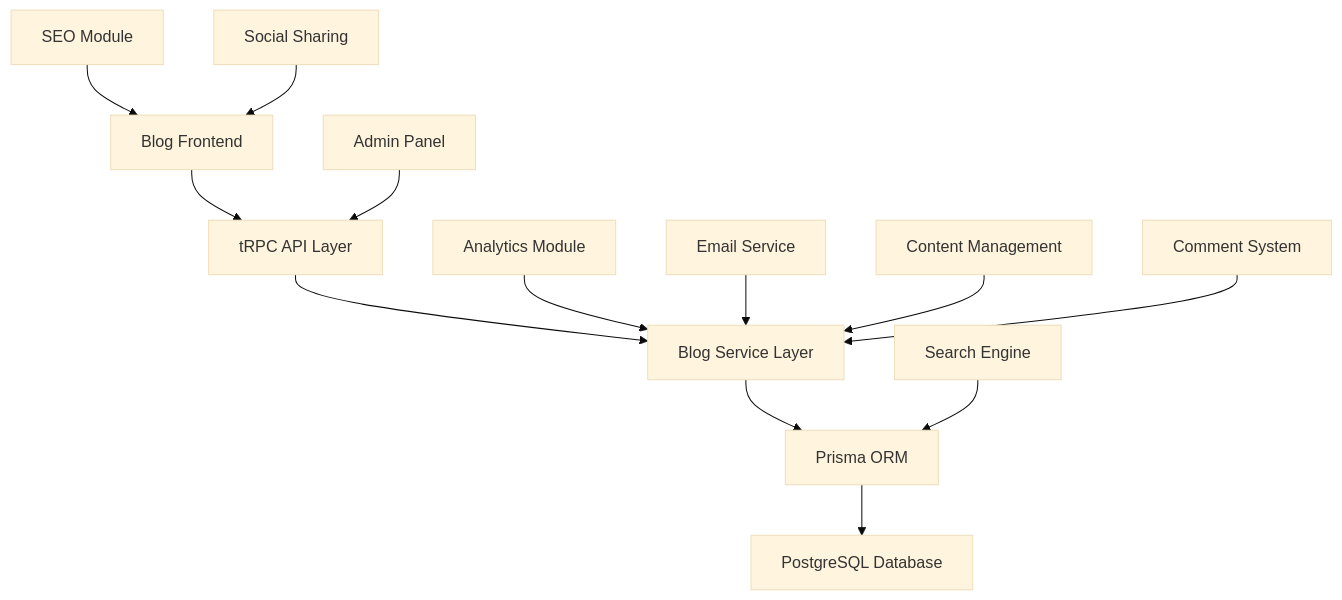
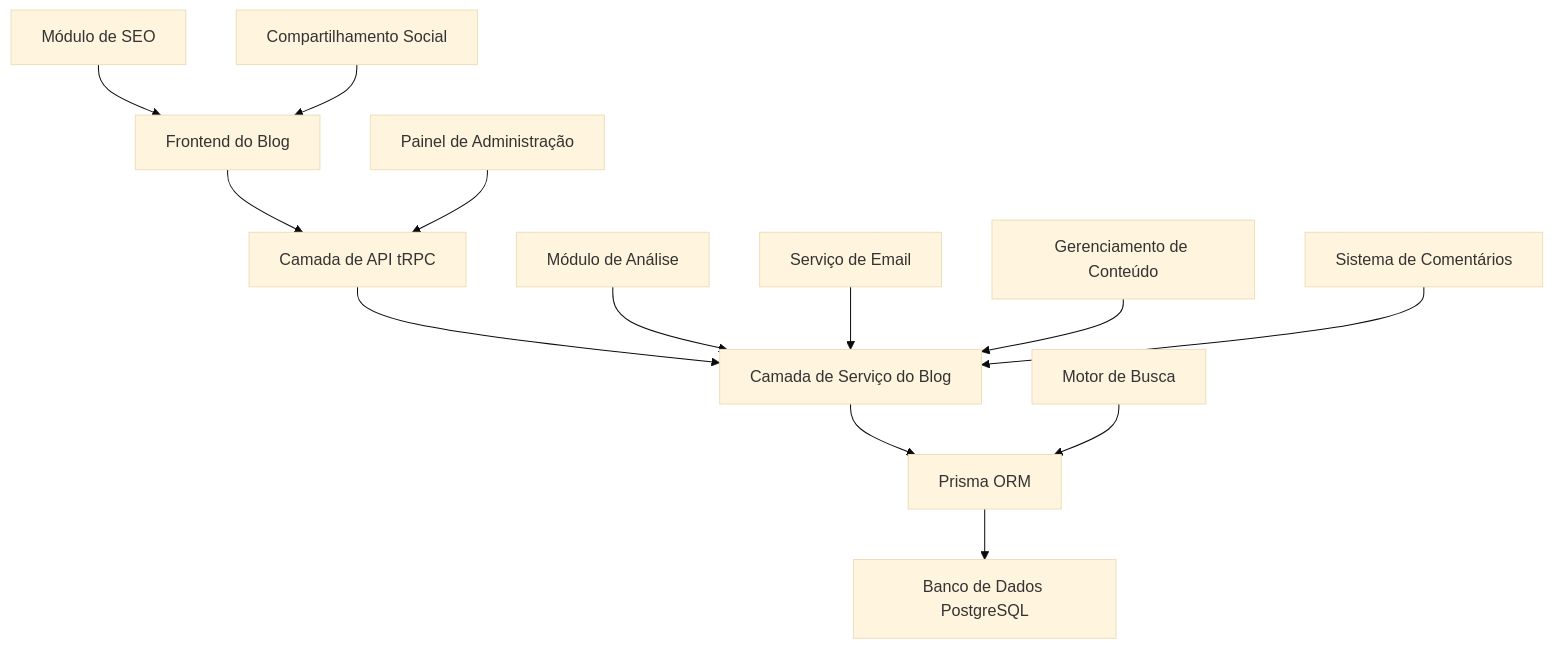
The first of 2 diagrams in specs/ai-code-blog/design.md (gumiranda/crazynator), drawn with Mermaid (base theme) before and after one commit. The commit also changed other lines of this file and 9 other files, not shown here.

````diff
--- a/specs/ai-code-blog/design.md
+++ b/specs/ai-code-blog/design.md
@@ -13,17 +13,17 @@
 ```mermaid
 graph TB
-    A[Blog Frontend] --> B[tRPC API Layer]
-    B --> C[Blog Service Layer]
+    A[Frontend do Blog] --> B[Camada de API tRPC]
+    B --> C[Camada de Serviço do Blog]
     C --> D[Prisma ORM]
-    D --> E[PostgreSQL Database]
+    D --> E[Banco de Dados PostgreSQL]
 
-    F[Admin Panel] --> B
-    G[SEO Module] --> A
-    H[Analytics Module] --> C
-    I[Email Service] --> C
-    J[Search Engine] --> D
+    F[Painel de Administração] --> B
+    G[Módulo de SEO] --> A
+    H[Módulo de Análise] --> C
+    I[Serviço de Email] --> C
+    J[Motor de Busca] --> D
 
-    K[Content Management] --> C
-    L[Comment System] --> C
-    M[Social Sharing] --> A
+    K[Gerenciamento de Conteúdo] --> C
+    L[Sistema de Comentários] --> C
+    M[Compartilhamento Social] --> A
 ```
````
